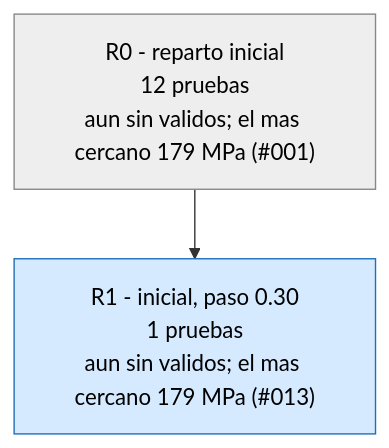
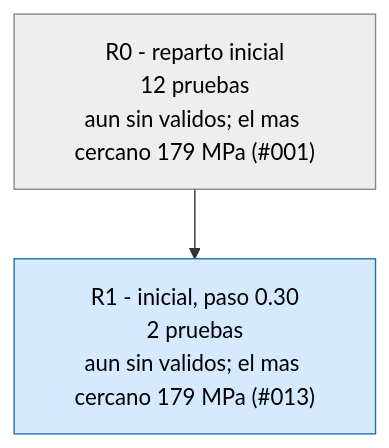
Before and after one commit to Hugiko/msd-soporte-optimizacion: the second of 3 diagrams in runs/opt_37800N/ARBOL.md, drawn with Mermaid. The commit also changed 14 other files, not shown here.

````diff
--- a/runs/opt_37800N/ARBOL.md
+++ b/runs/opt_37800N/ARBOL.md
@@ -21,9 +21,9 @@
 ```mermaid
 graph TD
 classDef activa fill:#d6eaff,stroke:#1f6fb5,color:#000
 classDef fin fill:#eeeeee,stroke:#888,color:#000
 classDef mejor fill:#c8f0c0,stroke:#1a9850,stroke-width:4px,color:#000
 R0["R0 - reparto inicial<br/>12 pruebas<br/>aun sin validos; el mas cercano 179 MPa (#001)"]:::fin
-R1["R1 - inicial, paso 0.30<br/>1 pruebas<br/>aun sin validos; el mas cercano 179 MPa (#013)"]:::activa
+R1["R1 - inicial, paso 0.30<br/>2 pruebas<br/>aun sin validos; el mas cercano 179 MPa (#013)"]:::activa
 R0 --> R1
 ```
````
